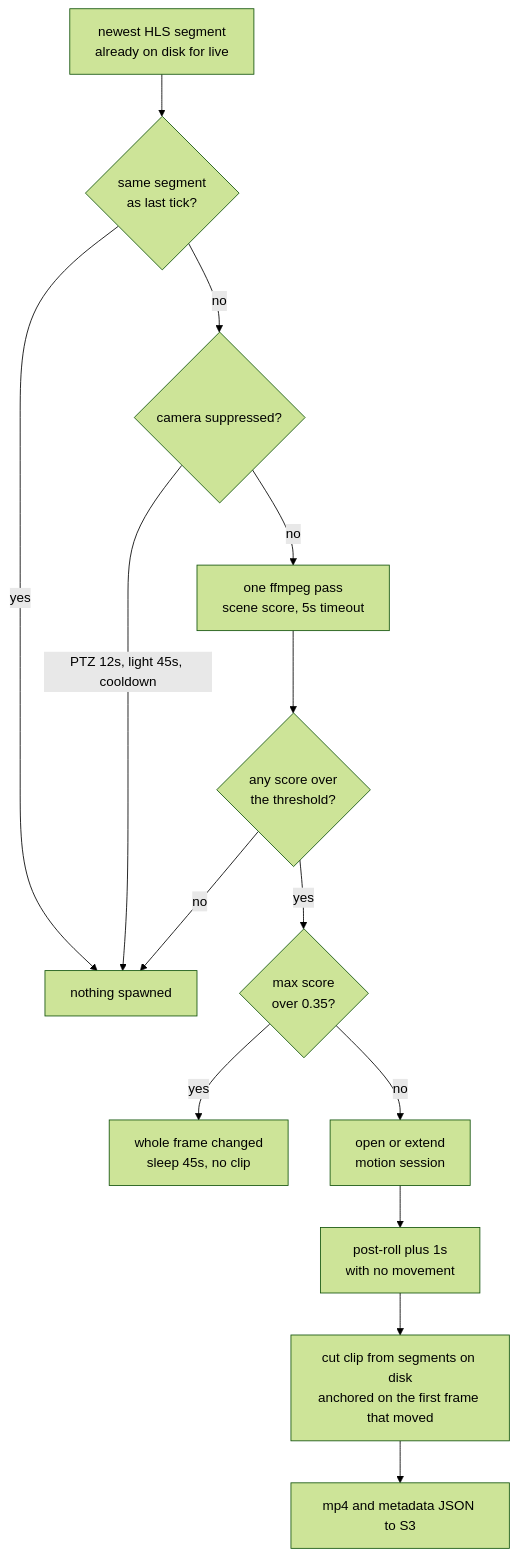
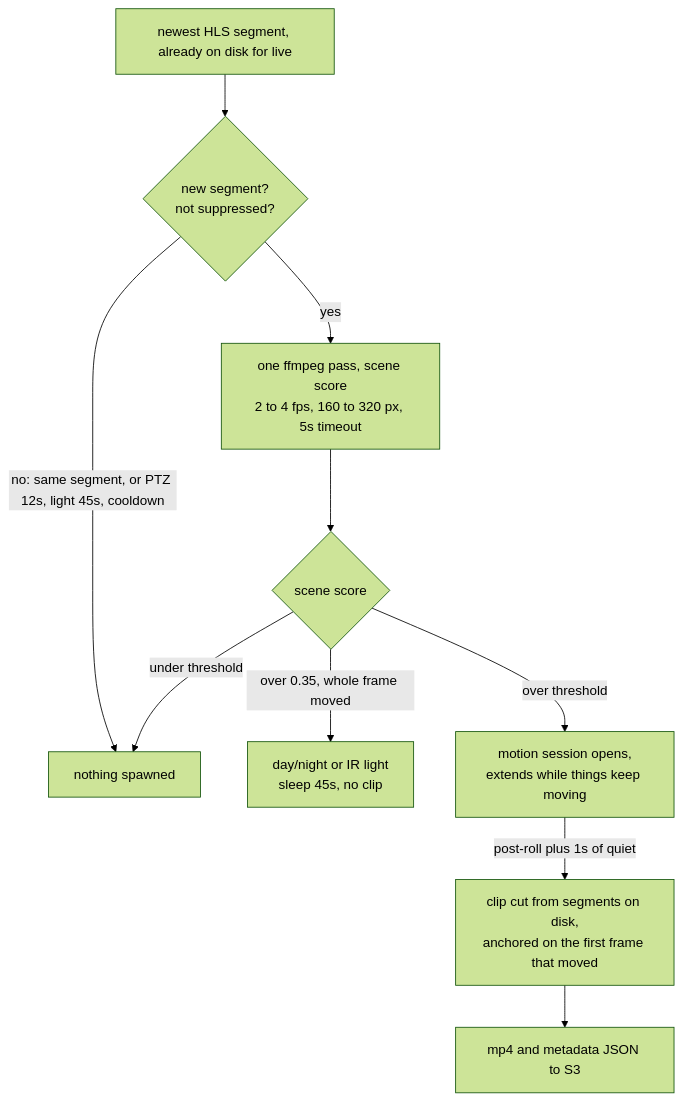
The first of 2 diagrams in README.md (Franciskid/homelab-camera), drawn with Mermaid (forest theme) before and after one commit.

Commit message:
make the detection diagram less of a tower

````diff
--- a/README.md
+++ b/README.md
@@ -40,16 +40,12 @@
 ```mermaid
 flowchart TD
-  seg["newest HLS segment<br/>already on disk for live"] --> seen{"same segment<br/>as last tick?"}
-  seen -->|yes| skip["nothing spawned"]
-  seen -->|no| sup{"camera suppressed?"}
-  sup -->|"PTZ 12s, light 45s, cooldown"| skip
-  sup -->|no| score["one ffmpeg pass<br/>scene score, 5s timeout"]
-  score --> hit{"any score over<br/>the threshold?"}
-  hit -->|no| skip
-  hit -->|yes| glob{"max score<br/>over 0.35?"}
-  glob -->|yes| night["whole frame changed<br/>sleep 45s, no clip"]
-  glob -->|no| sess["open or extend<br/>motion session"]
-  sess --> quiet["post-roll plus 1s<br/>with no movement"]
-  quiet --> cut["cut clip from segments on disk<br/>anchored on the first frame that moved"]
-  cut --> up["mp4 and metadata JSON to S3"]
+  seg["newest HLS segment, already on disk for live"] --> gate{"new segment?<br/>not suppressed?"}
+  gate -->|"no: same segment, or PTZ 12s, light 45s, cooldown"| skip["nothing spawned"]
+  gate -->|yes| score["one ffmpeg pass, scene score<br/>2 to 4 fps, 160 to 320 px, 5s timeout"]
+  score --> verdict{"scene score"}
+  verdict -->|"under threshold"| skip
+  verdict -->|"over 0.35, whole frame moved"| night["day/night or IR light<br/>sleep 45s, no clip"]
+  verdict -->|"over threshold"| sess["motion session opens,<br/>extends while things keep moving"]
+  sess -->|"post-roll plus 1s of quiet"| cut["clip cut from segments on disk,<br/>anchored on the first frame that moved"]
+  cut --> s3["mp4 and metadata JSON to S3"]
 ```
````
